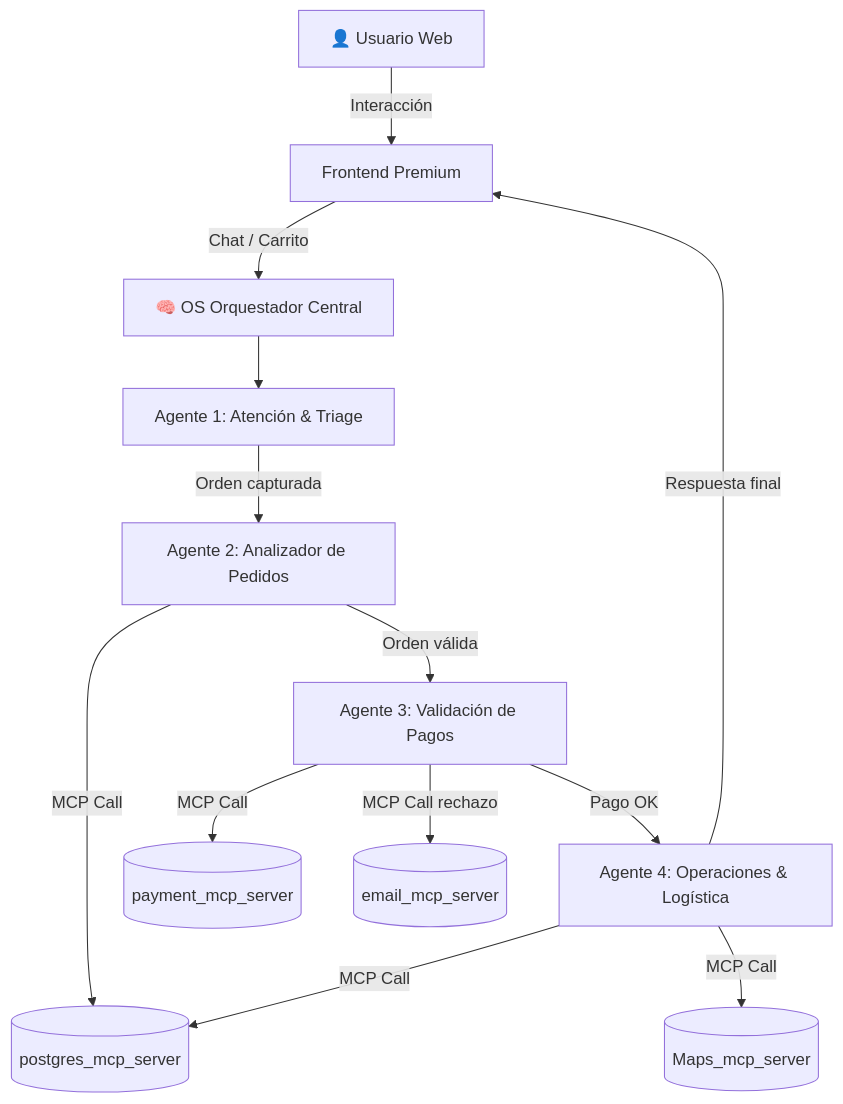
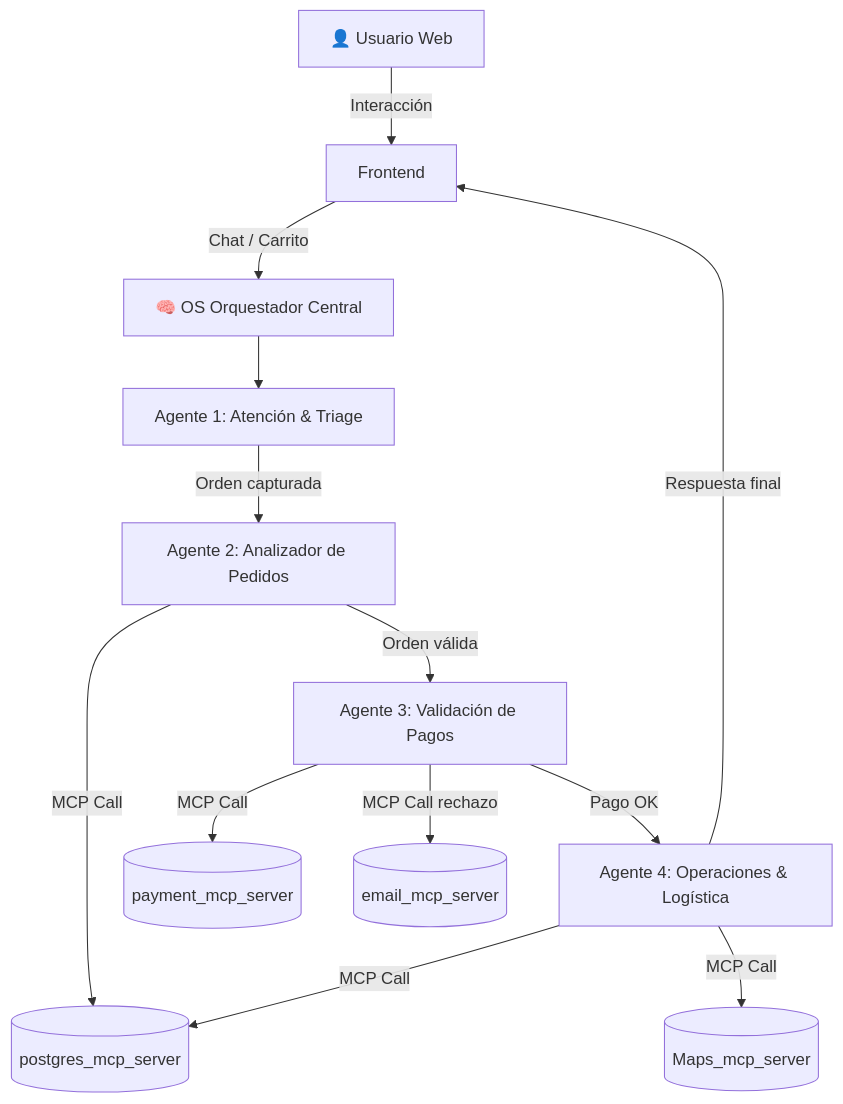
Before and after one commit to Estalin7/Automatizacion_Agente: the diagram in README.md, drawn with Mermaid.

````diff
--- a/README.md
+++ b/README.md
@@ -12,16 +12,16 @@
 ```mermaid
 graph TD
-    U[👤 Usuario Web] -->|Interacción| FE[Frontend Premium]
+    U[👤 Usuario Web] -->|Interacción| FE[Frontend ]
     FE -->|Chat / Carrito| OS[🧠 OS Orquestador Central]
 
     OS --> A1[Agente 1: Atención & Triage]
     A1 -->|Orden capturada| A2[Agente 2: Analizador de Pedidos]
     A2 -->|MCP Call| MCP_DB[(postgres_mcp_server)]
     A2 -->|Orden válida| A3[Agente 3: Validación de Pagos]
     A3 -->|MCP Call| MCP_PAY[(payment_mcp_server)]
     A3 -->|MCP Call rechazo| MCP_EMAIL[(email_mcp_server)]
     A3 -->|Pago OK| A4[Agente 4: Operaciones & Logística]
     A4 -->|MCP Call| MCP_DB
     A4 -->|MCP Call| MCP_MAPS[(Maps_mcp_server)]
     A4 -->|Respuesta final| FE
 ```
````
